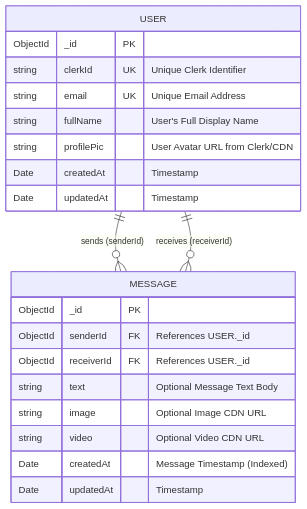
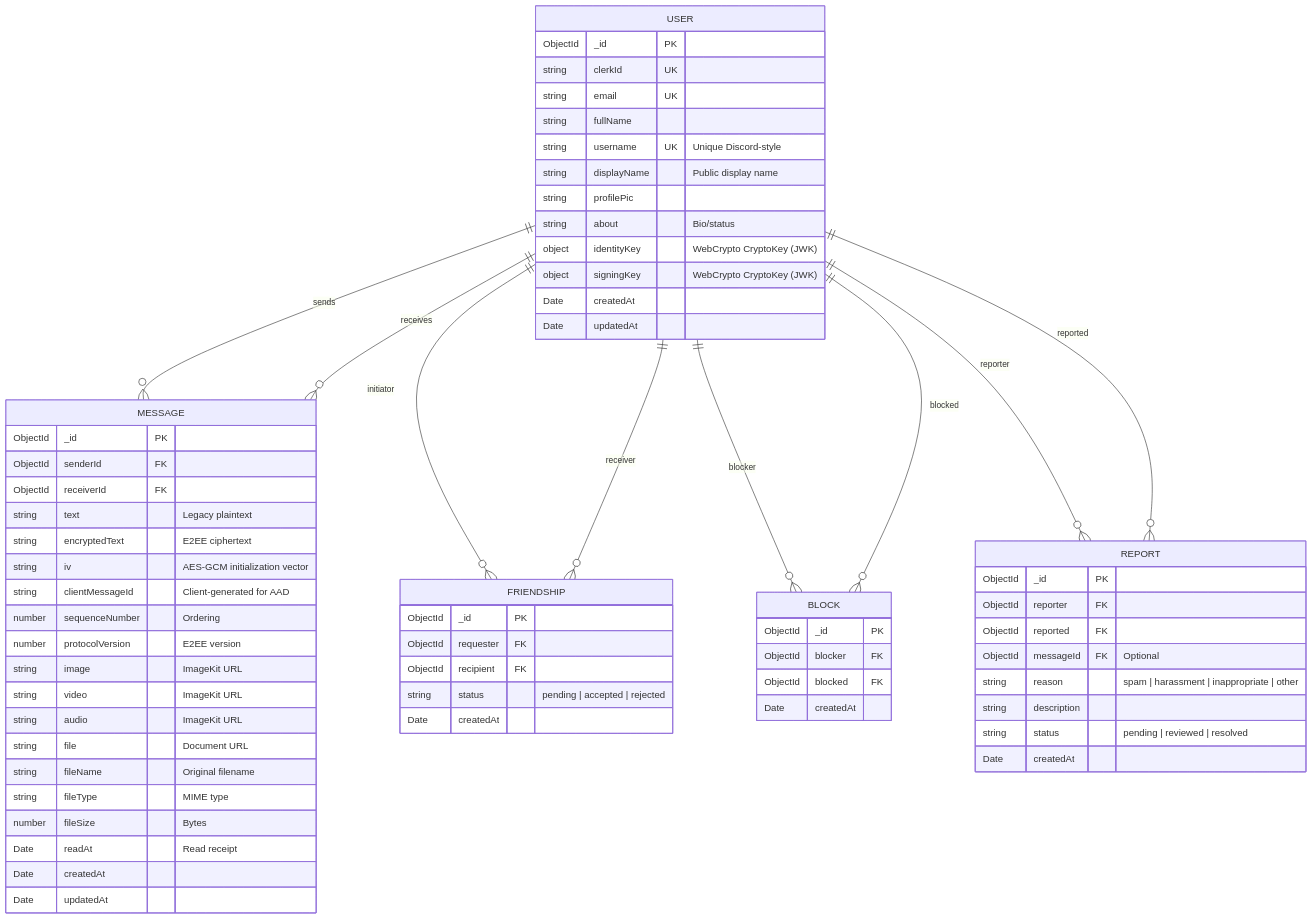
The third of 3 diagrams in docs/ARCHITECTURE.md (ayushnandi718-dev/Chatter), drawn with Mermaid before and after one commit. The commit also changed other lines of this file and 12 other files, not shown here.

````diff
--- a/docs/ARCHITECTURE.md
+++ b/docs/ARCHITECTURE.md
@@ -115,26 +112,74 @@
 ```mermaid
 erDiagram
-    USER ||--o{ MESSAGE : "sends (senderId)"
-    USER ||--o{ MESSAGE : "receives (receiverId)"
+    USER ||--o{ MESSAGE : "sends"
+    USER ||--o{ MESSAGE : "receives"
+    USER ||--o{ FRIENDSHIP : "initiator"
+    USER ||--o{ FRIENDSHIP : "receiver"
+    USER ||--o{ BLOCK : "blocker"
+    USER ||--o{ BLOCK : "blocked"
+    USER ||--o{ REPORT : "reporter"
+    USER ||--o{ REPORT : "reported"
 
     USER {
         ObjectId _id PK
-        string clerkId UK "Unique Clerk Identifier"
-        string email UK "Unique Email Address"
-        string fullName "User's Full Display Name"
-        string profilePic "User Avatar URL from Clerk/CDN"
-        Date createdAt "Timestamp"
-        Date updatedAt "Timestamp"
+        string clerkId UK
+        string email UK
+        string fullName
+        string username UK "Unique Discord-style"
+        string displayName "Public display name"
+        string profilePic
+        string about "Bio/status"
+        object identityKey "WebCrypto CryptoKey (JWK)"
+        object signingKey "WebCrypto CryptoKey (JWK)"
+        Date createdAt
+        Date updatedAt
     }
 
     MESSAGE {
         ObjectId _id PK
-        ObjectId senderId FK "References USER._id"
-        ObjectId receiverId FK "References USER._id"
-        string text "Optional Message Text Body"
-        string image "Optional Image CDN URL"
-        string video "Optional Video CDN URL"
-        Date createdAt "Message Timestamp (Indexed)"
-        Date updatedAt "Timestamp"
+        ObjectId senderId FK
+        ObjectId receiverId FK
+        string text "Legacy plaintext"
+        string encryptedText "E2EE ciphertext"
+        string iv "AES-GCM initialization vector"
+        string clientMessageId "Client-generated for AAD"
+        number sequenceNumber "Ordering"
+        number protocolVersion "E2EE version"
+        string image "ImageKit URL"
+        string video "ImageKit URL"
+        string audio "ImageKit URL"
+        string file "Document URL"
+        string fileName "Original filename"
+        string fileType "MIME type"
+        number fileSize "Bytes"
+        Date readAt "Read receipt"
+        Date createdAt
+        Date updatedAt
+    }
+
+    FRIENDSHIP {
+        ObjectId _id PK
+        ObjectId requester FK
+        ObjectId recipient FK
+        string status "pending | accepted | rejected"
+        Date createdAt
+    }
+
+    BLOCK {
+        ObjectId _id PK
+        ObjectId blocker FK
+        ObjectId blocked FK
+        Date createdAt
+    }
+
+    REPORT {
+        ObjectId _id PK
+        ObjectId reporter FK
+        ObjectId reported FK
+        ObjectId messageId FK "Optional"
+        string reason "spam | harassment | inappropriate | other"
+        string description
+        string status "pending | reviewed | resolved"
+        Date createdAt
     }
 ```
````
